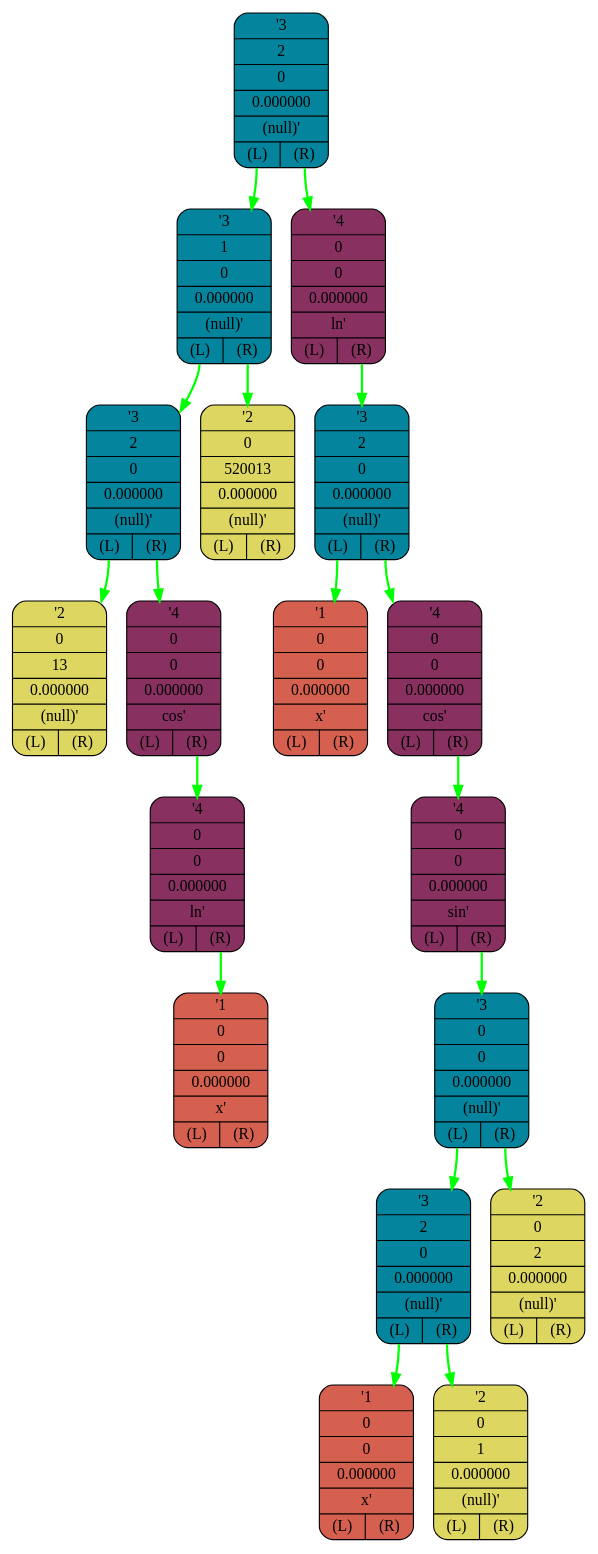
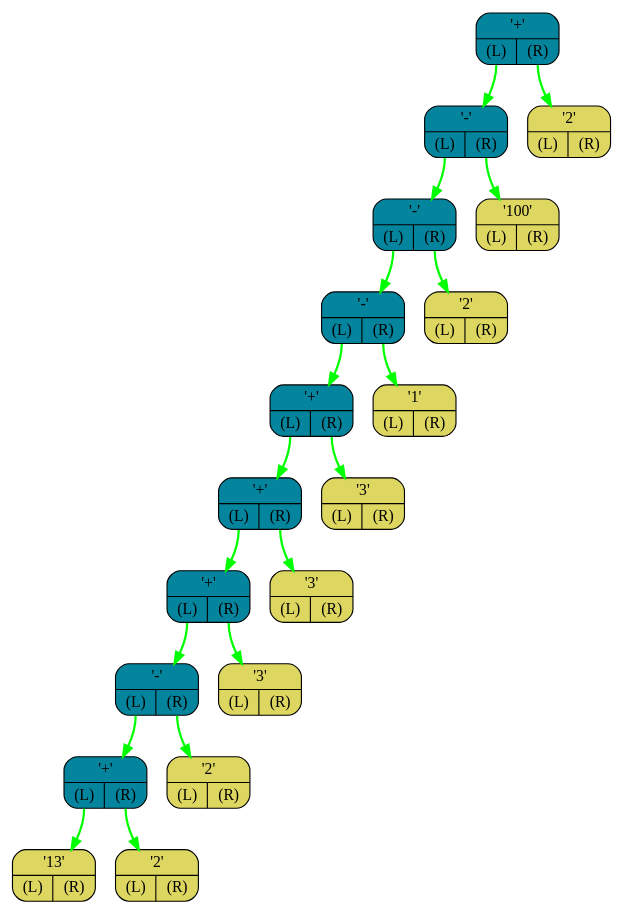
Before and after one commit to I1Va/OptimaLang: the diagram in FrontEnd/logs/graph.dot, drawn with Graphviz. The commit also changed 139 other files, not shown here.

```diff
--- a/FrontEnd/logs/graph.dot
+++ b/FrontEnd/logs/graph.dot
@@ -1,38 +1,40 @@
 digraph G{
     rankdir=TB;
-    NODE0x7ffc27a98678[shape="Mrecord",color="black",fillcolor="#04859D",style="filled",label="{'3|2|0|0.000000|(null)' | {<L> (L)| <R> (R)}}"]
-    NODE0x7ffc27a986a0[shape="Mrecord",color="black",fillcolor="#04859D",style="filled",label="{'3|1|0|0.000000|(null)' | {<L> (L)| <R> (R)}}"]
-    NODE0x7ffc27a986c8[shape="Mrecord",color="black",fillcolor="#04859D",style="filled",label="{'3|2|0|0.000000|(null)' | {<L> (L)| <R> (R)}}"]
-    NODE0x7ffc27a986f0[shape="Mrecord",color="black",fillcolor="#ddd660",style="filled",label="{'2|0|13|0.000000|(null)' | {<L> (L)| <R> (R)}}"]
-    NODE0x7ffc27a98718[shape="Mrecord",color="black",fillcolor="#883060",style="filled",label="{'4|0|0|0.000000|cos' | {<L> (L)| <R> (R)}}"]
-    NODE0x7ffc27a98740[shape="Mrecord",color="black",fillcolor="#883060",style="filled",label="{'4|0|0|0.000000|ln' | {<L> (L)| <R> (R)}}"]
-    NODE0x7ffc27a98768[shape="Mrecord",color="black",fillcolor="#d56050",style="filled",label="{'1|0|0|0.000000|x' | {<L> (L)| <R> (R)}}"]
-    NODE0x7ffc27a98790[shape="Mrecord",color="black",fillcolor="#ddd660",style="filled",label="{'2|0|520013|0.000000|(null)' | {<L> (L)| <R> (R)}}"]
-    NODE0x7ffc27a987b8[shape="Mrecord",color="black",fillcolor="#883060",style="filled",label="{'4|0|0|0.000000|ln' | {<L> (L)| <R> (R)}}"]
-    NODE0x7ffc27a987e0[shape="Mrecord",color="black",fillcolor="#04859D",style="filled",label="{'3|2|0|0.000000|(null)' | {<L> (L)| <R> (R)}}"]
-    NODE0x7ffc27a98808[shape="Mrecord",color="black",fillcolor="#d56050",style="filled",label="{'1|0|0|0.000000|x' | {<L> (L)| <R> (R)}}"]
-    NODE0x7ffc27a98830[shape="Mrecord",color="black",fillcolor="#883060",style="filled",label="{'4|0|0|0.000000|cos' | {<L> (L)| <R> (R)}}"]
-    NODE0x7ffc27a98858[shape="Mrecord",color="black",fillcolor="#883060",style="filled",label="{'4|0|0|0.000000|sin' | {<L> (L)| <R> (R)}}"]
-    NODE0x7ffc27a98880[shape="Mrecord",color="black",fillcolor="#04859D",style="filled",label="{'3|0|0|0.000000|(null)' | {<L> (L)| <R> (R)}}"]
-    NODE0x7ffc27a988a8[shape="Mrecord",color="black",fillcolor="#04859D",style="filled",label="{'3|2|0|0.000000|(null)' | {<L> (L)| <R> (R)}}"]
-    NODE0x7ffc27a988d0[shape="Mrecord",color="black",fillcolor="#d56050",style="filled",label="{'1|0|0|0.000000|x' | {<L> (L)| <R> (R)}}"]
-    NODE0x7ffc27a988f8[shape="Mrecord",color="black",fillcolor="#ddd660",style="filled",label="{'2|0|1|0.000000|(null)' | {<L> (L)| <R> (R)}}"]
-    NODE0x7ffc27a98920[shape="Mrecord",color="black",fillcolor="#ddd660",style="filled",label="{'2|0|2|0.000000|(null)' | {<L> (L)| <R> (R)}}"]
-    NODE0x7ffc27a98740:R-> NODE0x7ffc27a98768 [color="#00FF00",penwidth=2,label=""]
-    NODE0x7ffc27a98718:R-> NODE0x7ffc27a98740 [color="#00FF00",penwidth=2,label=""]
-    NODE0x7ffc27a986c8:L-> NODE0x7ffc27a986f0 [color="#00FF00",penwidth=2,label=""]
-    NODE0x7ffc27a986c8:R-> NODE0x7ffc27a98718 [color="#00FF00",penwidth=2,label=""]
-    NODE0x7ffc27a986a0:L-> NODE0x7ffc27a986c8 [color="#00FF00",penwidth=2,label=""]
-    NODE0x7ffc27a986a0:R-> NODE0x7ffc27a98790 [color="#00FF00",penwidth=2,label=""]
-    NODE0x7ffc27a988a8:L-> NODE0x7ffc27a988d0 [color="#00FF00",penwidth=2,label=""]
-    NODE0x7ffc27a988a8:R-> NODE0x7ffc27a988f8 [color="#00FF00",penwidth=2,label=""]
-    NODE0x7ffc27a98880:L-> NODE0x7ffc27a988a8 [color="#00FF00",penwidth=2,label=""]
-    NODE0x7ffc27a98880:R-> NODE0x7ffc27a98920 [color="#00FF00",penwidth=2,label=""]
-    NODE0x7ffc27a98858:R-> NODE0x7ffc27a98880 [color="#00FF00",penwidth=2,label=""]
-    NODE0x7ffc27a98830:R-> NODE0x7ffc27a98858 [color="#00FF00",penwidth=2,label=""]
-    NODE0x7ffc27a987e0:L-> NODE0x7ffc27a98808 [color="#00FF00",penwidth=2,label=""]
-    NODE0x7ffc27a987e0:R-> NODE0x7ffc27a98830 [color="#00FF00",penwidth=2,label=""]
-    NODE0x7ffc27a987b8:R-> NODE0x7ffc27a987e0 [color="#00FF00",penwidth=2,label=""]
-    NODE0x7ffc27a98678:L-> NODE0x7ffc27a986a0 [color="#00FF00",penwidth=2,label=""]
-    NODE0x7ffc27a98678:R-> NODE0x7ffc27a987b8 [color="#00FF00",penwidth=2,label=""]
+    NODE0x7fff322189c8[shape="Mrecord",color="black",fillcolor="#04859D",style="filled",label="{'+' | {<L> (L)| <R> (R)}}"]
+    NODE0x7fff322189f0[shape="Mrecord",color="black",fillcolor="#04859D",style="filled",label="{'-' | {<L> (L)| <R> (R)}}"]
+    NODE0x7fff32218a18[shape="Mrecord",color="black",fillcolor="#04859D",style="filled",label="{'-' | {<L> (L)| <R> (R)}}"]
+    NODE0x7fff32218a40[shape="Mrecord",color="black",fillcolor="#04859D",style="filled",label="{'-' | {<L> (L)| <R> (R)}}"]
+    NODE0x7fff32218a68[shape="Mrecord",color="black",fillcolor="#04859D",style="filled",label="{'+' | {<L> (L)| <R> (R)}}"]
+    NODE0x7fff32218a90[shape="Mrecord",color="black",fillcolor="#04859D",style="filled",label="{'+' | {<L> (L)| <R> (R)}}"]
+    NODE0x7fff32218ab8[shape="Mrecord",color="black",fillcolor="#04859D",style="filled",label="{'+' | {<L> (L)| <R> (R)}}"]
+    NODE0x7fff32218ae0[shape="Mrecord",color="black",fillcolor="#04859D",style="filled",label="{'-' | {<L> (L)| <R> (R)}}"]
+    NODE0x7fff32218b08[shape="Mrecord",color="black",fillcolor="#04859D",style="filled",label="{'+' | {<L> (L)| <R> (R)}}"]
+    NODE0x7fff32218b30[shape="Mrecord",color="black",fillcolor="#ddd660",style="filled",label="{'13' | {<L> (L)| <R> (R)}}"]
+    NODE0x7fff32218b58[shape="Mrecord",color="black",fillcolor="#ddd660",style="filled",label="{'2' | {<L> (L)| <R> (R)}}"]
+    NODE0x7fff32218b80[shape="Mrecord",color="black",fillcolor="#ddd660",style="filled",label="{'2' | {<L> (L)| <R> (R)}}"]
+    NODE0x7fff32218ba8[shape="Mrecord",color="black",fillcolor="#ddd660",style="filled",label="{'3' | {<L> (L)| <R> (R)}}"]
+    NODE0x7fff32218bd0[shape="Mrecord",color="black",fillcolor="#ddd660",style="filled",label="{'3' | {<L> (L)| <R> (R)}}"]
+    NODE0x7fff32218bf8[shape="Mrecord",color="black",fillcolor="#ddd660",style="filled",label="{'3' | {<L> (L)| <R> (R)}}"]
+    NODE0x7fff32218c20[shape="Mrecord",color="black",fillcolor="#ddd660",style="filled",label="{'1' | {<L> (L)| <R> (R)}}"]
+    NODE0x7fff32218c48[shape="Mrecord",color="black",fillcolor="#ddd660",style="filled",label="{'2' | {<L> (L)| <R> (R)}}"]
+    NODE0x7fff32218c70[shape="Mrecord",color="black",fillcolor="#ddd660",style="filled",label="{'100' | {<L> (L)| <R> (R)}}"]
+    NODE0x7fff32218c98[shape="Mrecord",color="black",fillcolor="#ddd660",style="filled",label="{'2' | {<L> (L)| <R> (R)}}"]
+    NODE0x7fff32218b08:L-> NODE0x7fff32218b30 [color="#00FF00",penwidth=2,label=""]
+    NODE0x7fff32218b08:R-> NODE0x7fff32218b58 [color="#00FF00",penwidth=2,label=""]
+    NODE0x7fff32218ae0:L-> NODE0x7fff32218b08 [color="#00FF00",penwidth=2,label=""]
+    NODE0x7fff32218ae0:R-> NODE0x7fff32218b80 [color="#00FF00",penwidth=2,label=""]
+    NODE0x7fff32218ab8:L-> NODE0x7fff32218ae0 [color="#00FF00",penwidth=2,label=""]
+    NODE0x7fff32218ab8:R-> NODE0x7fff32218ba8 [color="#00FF00",penwidth=2,label=""]
+    NODE0x7fff32218a90:L-> NODE0x7fff32218ab8 [color="#00FF00",penwidth=2,label=""]
+    NODE0x7fff32218a90:R-> NODE0x7fff32218bd0 [color="#00FF00",penwidth=2,label=""]
+    NODE0x7fff32218a68:L-> NODE0x7fff32218a90 [color="#00FF00",penwidth=2,label=""]
+    NODE0x7fff32218a68:R-> NODE0x7fff32218bf8 [color="#00FF00",penwidth=2,label=""]
+    NODE0x7fff32218a40:L-> NODE0x7fff32218a68 [color="#00FF00",penwidth=2,label=""]
+    NODE0x7fff32218a40:R-> NODE0x7fff32218c20 [color="#00FF00",penwidth=2,label=""]
+    NODE0x7fff32218a18:L-> NODE0x7fff32218a40 [color="#00FF00",penwidth=2,label=""]
+    NODE0x7fff32218a18:R-> NODE0x7fff32218c48 [color="#00FF00",penwidth=2,label=""]
+    NODE0x7fff322189f0:L-> NODE0x7fff32218a18 [color="#00FF00",penwidth=2,label=""]
+    NODE0x7fff322189f0:R-> NODE0x7fff32218c70 [color="#00FF00",penwidth=2,label=""]
+    NODE0x7fff322189c8:L-> NODE0x7fff322189f0 [color="#00FF00",penwidth=2,label=""]
+    NODE0x7fff322189c8:R-> NODE0x7fff32218c98 [color="#00FF00",penwidth=2,label=""]
 }
```
